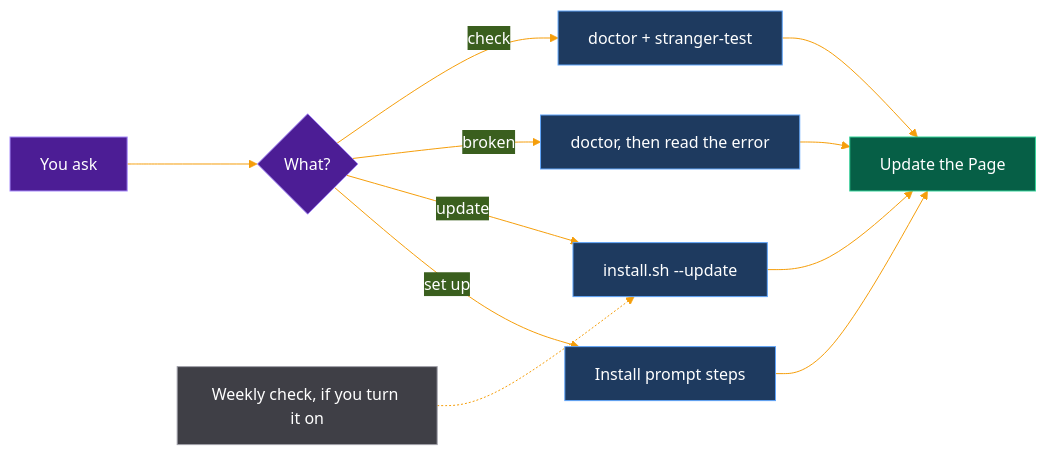
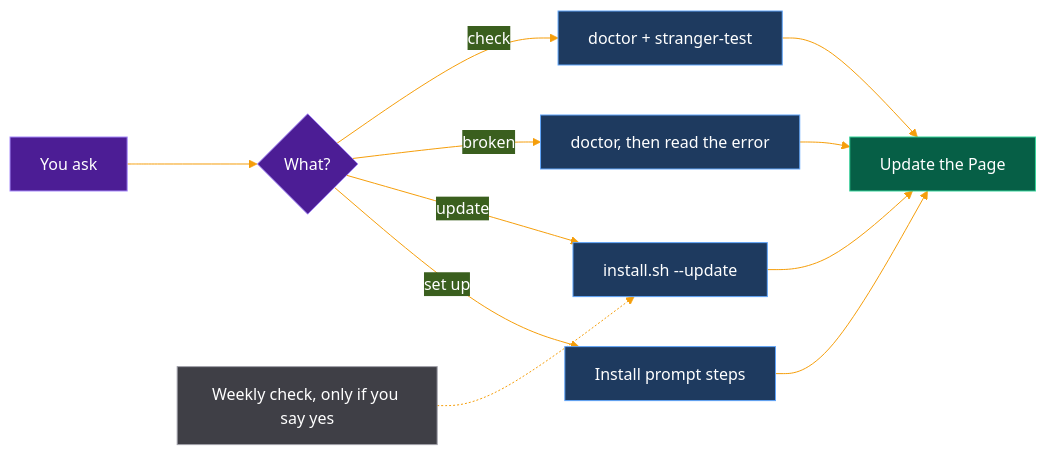
Before and after one commit to thecuriousts/ensembly: the diagram in docs/ensembly-bot-template.md, drawn with Mermaid. The commit also changed other lines of this file and 2 other files, not shown here.

````diff
--- a/docs/ensembly-bot-template.md
+++ b/docs/ensembly-bot-template.md
@@ -5,22 +5,22 @@
 ```mermaid
 %%{init: {"theme":"base","themeVariables":{"primaryColor":"#1e3a5f","primaryTextColor":"#ffffff","lineColor":"#f59e0b","fontFamily":"Inter"}}}%%
 flowchart LR
   A[You ask] --> W{"What?"}
   W -- set up --> S[Install prompt steps]
   W -- update --> U[install.sh --update]
   W -- broken --> T[doctor, then read the error]
   W -- check --> V[doctor + stranger-test]
   S --> PG[Update the Page]
   U --> PG
   T --> PG
   V --> PG
-  R["Weekly check, if you turn it on"] -.-> U
+  R["Weekly check, only if you say yes"] -.-> U
   classDef you fill:#4c1d95,stroke:#a78bfa,color:#ffffff
   classDef run fill:#1e3a5f,stroke:#60a5fa,color:#ffffff
   classDef out fill:#065f46,stroke:#34d399,color:#ffffff
   classDef opt fill:#3f3f46,stroke:#a1a1aa,color:#ffffff
   class A,W you
   class S,U,T,V run
   class PG out
   class R opt
 ```
````
